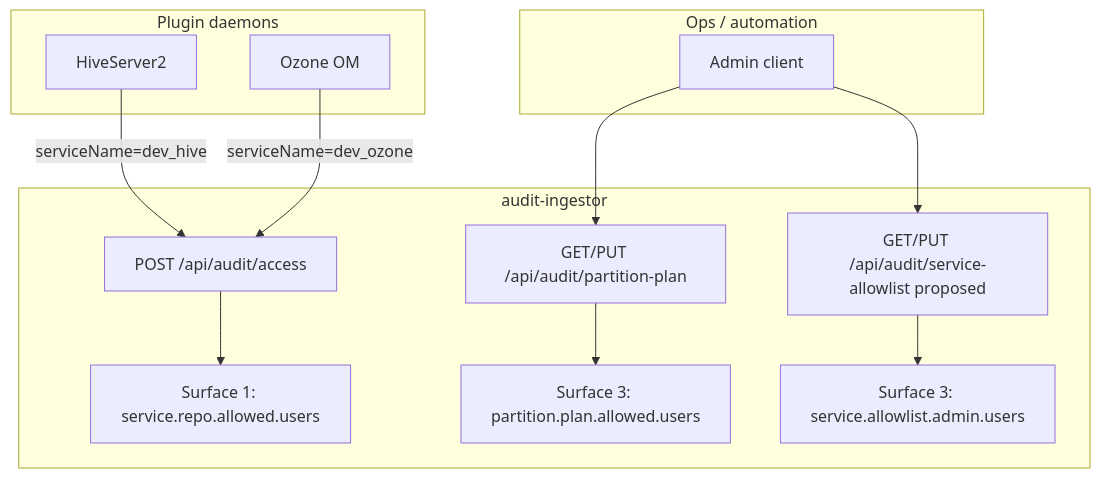
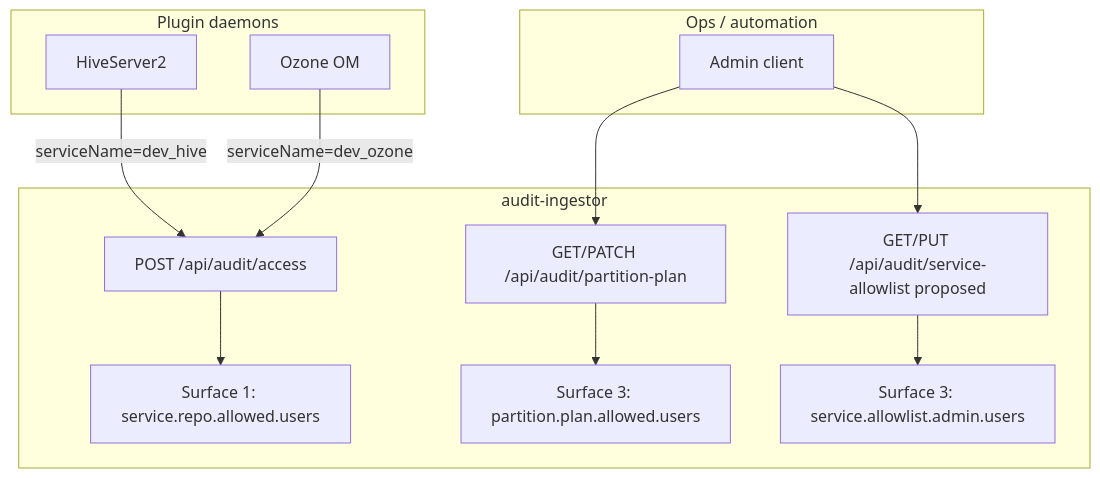
The first of 2 diagrams in audit-server/README-DYNAMIC-SERVICE-ALLOWLIST-DESIGN.md (ramackri/ranger), drawn with Mermaid before and after one commit. The commit also changed other lines of this file and 50 other files, not shown here.

First line of the commit message:
Refactor partition-plan REST API with PATCH merges and idempotent mutations.

````diff
--- a/audit-server/README-DYNAMIC-SERVICE-ALLOWLIST-DESIGN.md
+++ b/audit-server/README-DYNAMIC-SERVICE-ALLOWLIST-DESIGN.md
@@ -145,30 +145,30 @@
 ```mermaid
 flowchart TB
   subgraph plugins [Plugin daemons]
     HS2[HiveServer2]
     OM[Ozone OM]
   end
 
   subgraph ops [Ops / automation]
     AdminClient[Admin client]
   end
 
   subgraph ingestor [audit-ingestor]
     Access["POST /api/audit/access"]
-    Plan["GET/PUT /api/audit/partition-plan"]
+    Plan["GET/PATCH /api/audit/partition-plan"]
     Allow["GET/PUT /api/audit/service-allowlist proposed"]
 
     S1["Surface 1: service.repo.allowed.users"]
     S3a["Surface 3: partition.plan.allowed.users"]
     S3b["Surface 3: service.allowlist.admin.users"]
 
     Access --> S1
     Plan --> S3a
     Allow --> S3b
   end
 
   HS2 -->|serviceName=dev_hive| Access
   OM -->|serviceName=dev_ozone| Access
   AdminClient --> Plan
   AdminClient --> Allow
 ```
````
